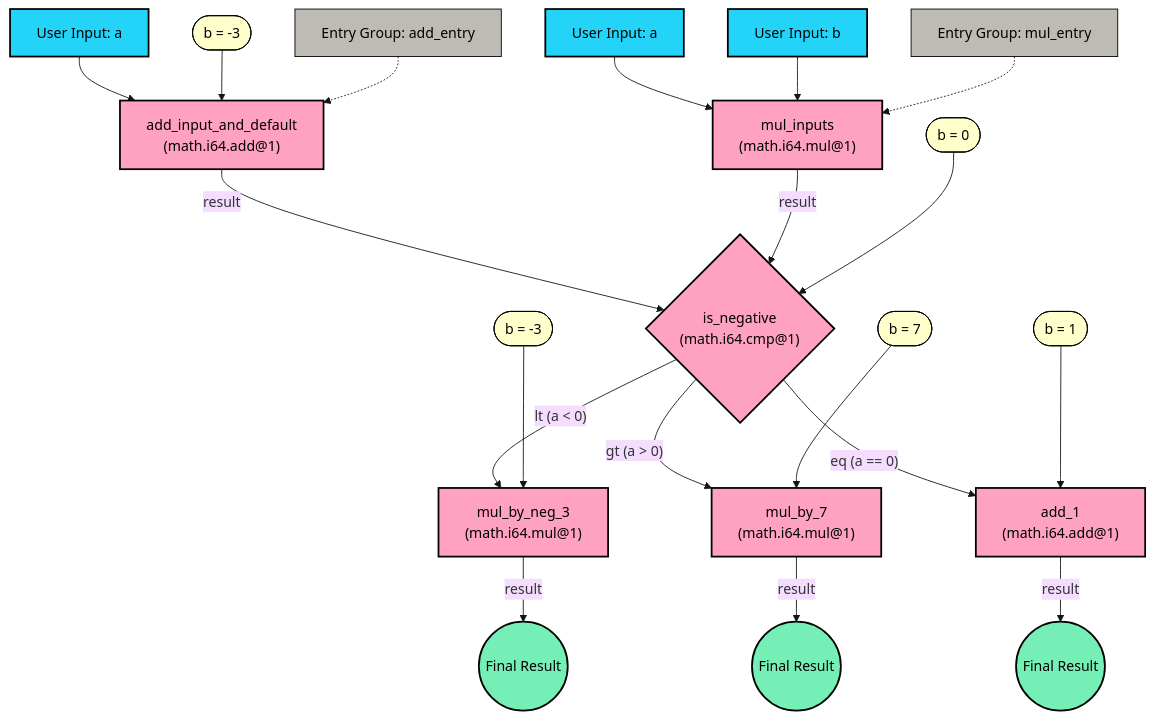
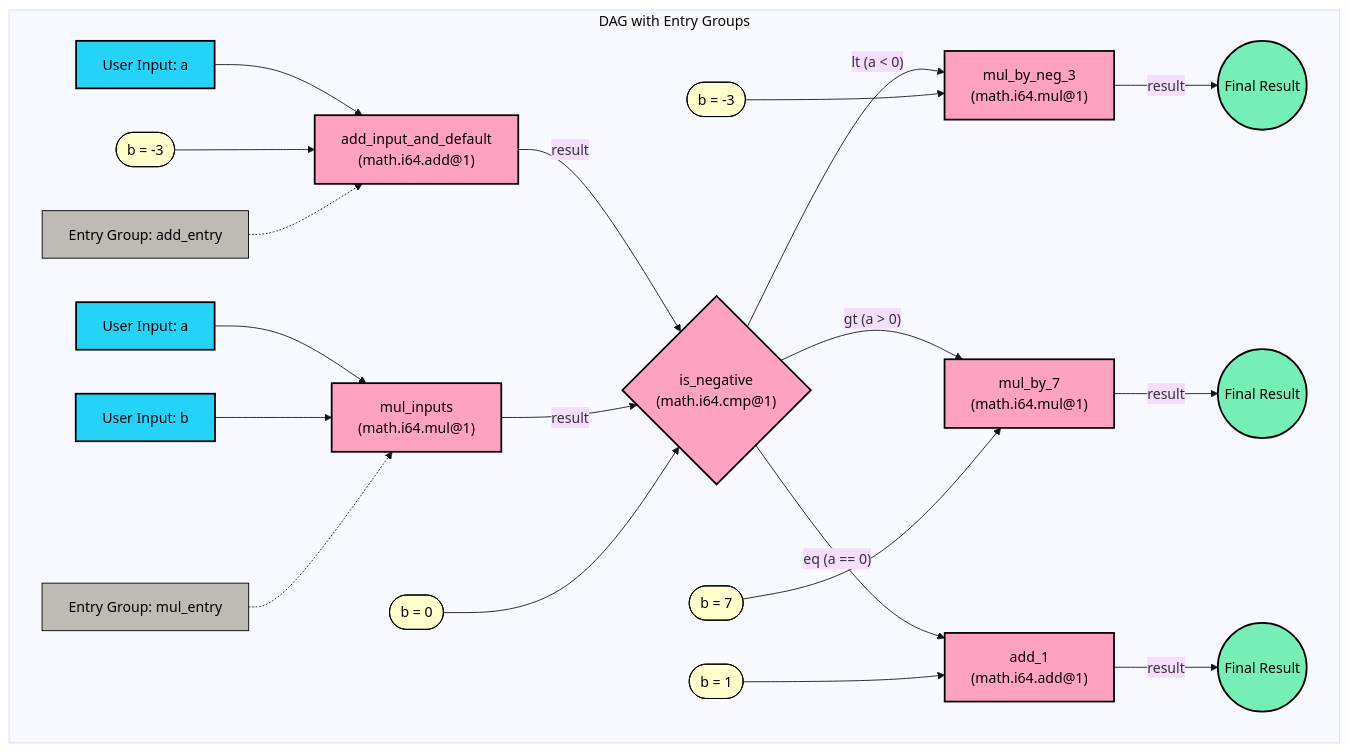
The diagram in docs/guides/math_branching-dag-entry.md (Talus-Network/nexus-sdk), drawn with Mermaid before and after one commit. The commit also changed 1 other file, not shown here.

Commit message:
add subgraphs for background

````diff
--- a/docs/guides/math_branching-dag-entry.md
+++ b/docs/guides/math_branching-dag-entry.md
@@ -33,46 +33,48 @@
 ```mermaid
 %%{init: {'theme': 'base', 'themeVariables': { 'background': '#ECEBE9' }}}%%
 graph TD
-    %% Entry points and their inputs
-    InputA1[User Input: a] --> A["add_input_and_default<br>(math.i64.add@1)"];
-    Def1([b = -3]) --> A;
-    InputM1[User Input: a] --> M["mul_inputs<br>(math.i64.mul@1)"];
-    InputM2[User Input: b] --> M;
-    
-    %% Entry group indicators
-    EG1["Entry Group: add_entry"] -.-> A;
-    EG2["Entry Group: mul_entry"] -.-> M;
-    
-    %% Main flow from entry paths to comparison
-    A -- "result" --> B{"is_negative<br>(math.i64.cmp@1)"};
-    M -- "result" --> B;
-    Def2([b = 0]) --> B;
-    
-    %% Branching paths based on comparison
-    B -- "lt (a < 0)" --> C["mul_by_neg_3<br>(math.i64.mul@1)"];
-    Def3([b = -3]) --> C;
-    
-    B -- "gt (a > 0)" --> D["mul_by_7<br>(math.i64.mul@1)"];
-    Def4([b = 7]) --> D;
-    
-    B -- "eq (a == 0)" --> E["add_1<br>(math.i64.add@1)"];
-    Def5([b = 1]) --> E;
-    
-    %% Final results
-    C -- "result" --> Result1((Final Result));
-    D -- "result" --> Result2((Final Result));
-    E -- "result" --> Result3((Final Result));
+    subgraph "DAG with Entry Groups"
+        %% Entry points and their inputs
+        InputA1[User Input: a] --> A["add_input_and_default<br>(math.i64.add@1)"];
+        Def1([b = -3]) --> A;
+        InputM1[User Input: a] --> M["mul_inputs<br>(math.i64.mul@1)"];
+        InputM2[User Input: b] --> M;
+        
+        %% Entry group indicators
+        EG1["Entry Group: add_entry"] -.-> A;
+        EG2["Entry Group: mul_entry"] -.-> M;
+        
+        %% Main flow from entry paths to comparison
+        A -- "result" --> B{"is_negative<br>(math.i64.cmp@1)"};
+        M -- "result" --> B;
+        Def2([b = 0]) --> B;
+        
+        %% Branching paths based on comparison
+        B -- "lt (a < 0)" --> C["mul_by_neg_3<br>(math.i64.mul@1)"];
+        Def3([b = -3]) --> C;
+        
+        B -- "gt (a > 0)" --> D["mul_by_7<br>(math.i64.mul@1)"];
+        Def4([b = 7]) --> D;
+        
+        B -- "eq (a == 0)" --> E["add_1<br>(math.i64.add@1)"];
+        Def5([b = 1]) --> E;
+        
+        %% Final results
+        C -- "result" --> Result1((Final Result));
+        D -- "result" --> Result2((Final Result));
+        E -- "result" --> Result3((Final Result));
+    end
 
     %% Styling
     classDef tool fill:#FFA1C1,stroke:#000000,stroke-width:2px,color:#000000;
     classDef input fill:#23D3F8,stroke:#000000,stroke-width:2px,color:#000000;
     classDef output fill:#76EFB6,stroke:#000000,stroke-width:2px,color:#000000;
     classDef default fill:#FFFFCB,stroke:#000000,stroke-width:1px,color:#000000;
     classDef entrygroup fill:#BEBAB4,stroke:#000000,stroke-width:1px,color:#000000;
     
     class A,C,D,E,M,B tool;
     class Result1,Result2,Result3 output;
     class InputA1,InputM1,InputM2 input;
     class Def1,Def2,Def3,Def4,Def5 default;
     class EG1,EG2 entrygroup;
 ```
````
